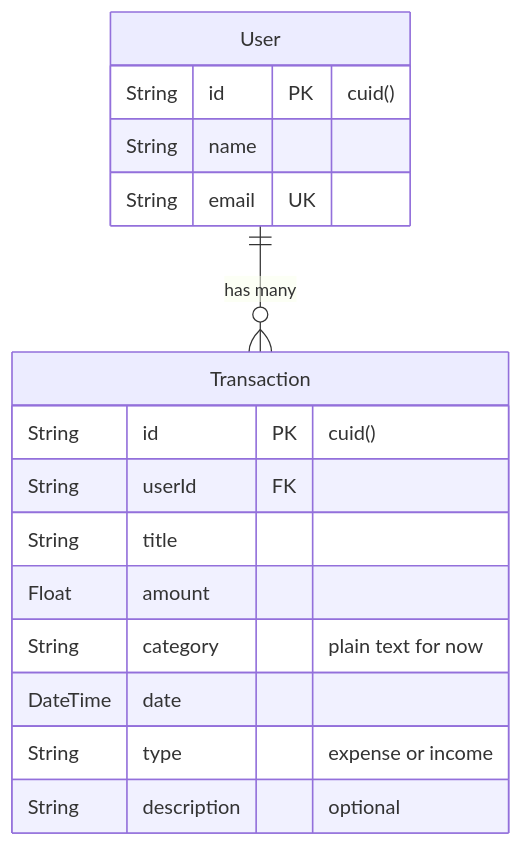
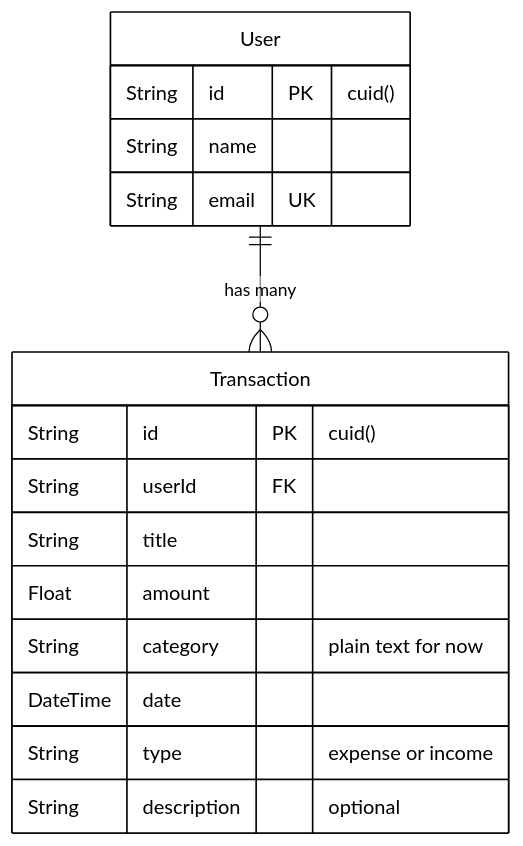
The fifth of 6 diagrams in docs/architecture.md (mcaivano26/cs450-expense-tracker), drawn with Mermaid before and after one commit. The commit also changed other lines of this file, not shown here.

Commit message:
F26B-54: Update architecture diagram with the edit route, seed flow and Sprint 2 stories

````diff
--- a/docs/architecture.md
+++ b/docs/architecture.md
@@ -105,19 +157,20 @@
 ```mermaid
+%%{init: {'theme':'base','themeVariables':{'background':'#ffffff','primaryColor':'#ffffff','primaryTextColor':'#000000','primaryBorderColor':'#000000','secondaryColor':'#ffffff','tertiaryColor':'#ffffff','lineColor':'#000000','textColor':'#000000','mainBkg':'#ffffff','nodeBorder':'#000000','clusterBkg':'#ffffff','clusterBorder':'#000000','titleColor':'#000000','edgeLabelBackground':'#ffffff','actorBkg':'#ffffff','actorBorder':'#000000','actorTextColor':'#000000','actorLineColor':'#000000','signalColor':'#000000','signalTextColor':'#000000','labelBoxBkgColor':'#ffffff','labelBoxBorderColor':'#000000','labelTextColor':'#000000','loopTextColor':'#000000','noteBkgColor':'#ffffff','noteBorderColor':'#000000','noteTextColor':'#000000','activationBkgColor':'#ffffff','activationBorderColor':'#000000','sequenceNumberColor':'#ffffff','attributeBackgroundColorOdd':'#ffffff','attributeBackgroundColorEven':'#ffffff'}}}%%
 erDiagram
   User ||--o{ Transaction : "has many"
   User {
     String id PK "cuid()"
     String name
     String email UK
   }
   Transaction {
     String id PK "cuid()"
     String userId FK
     String title
     Float amount
     String category "plain text for now"
     DateTime date
     String type "expense or income"
     String description "optional"
   }
 ```
````
